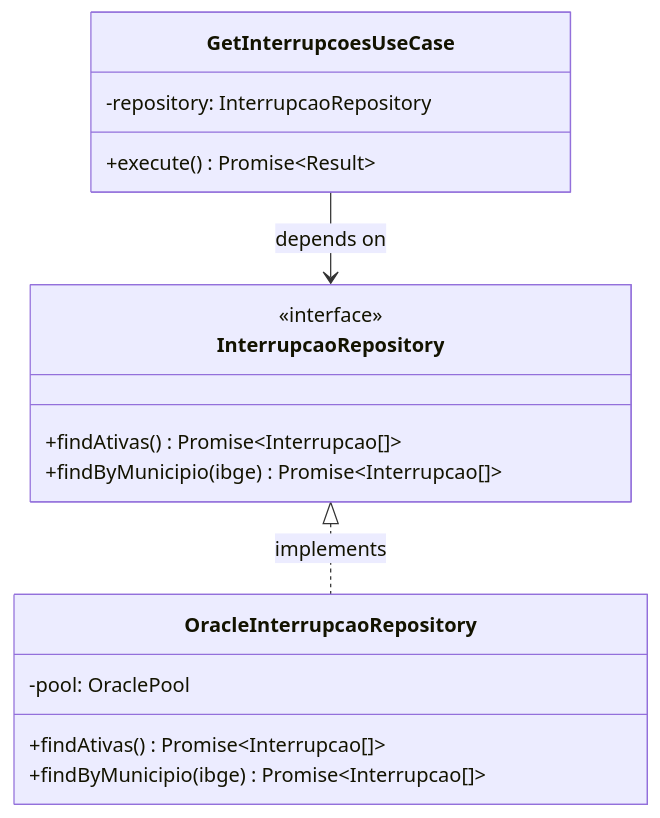
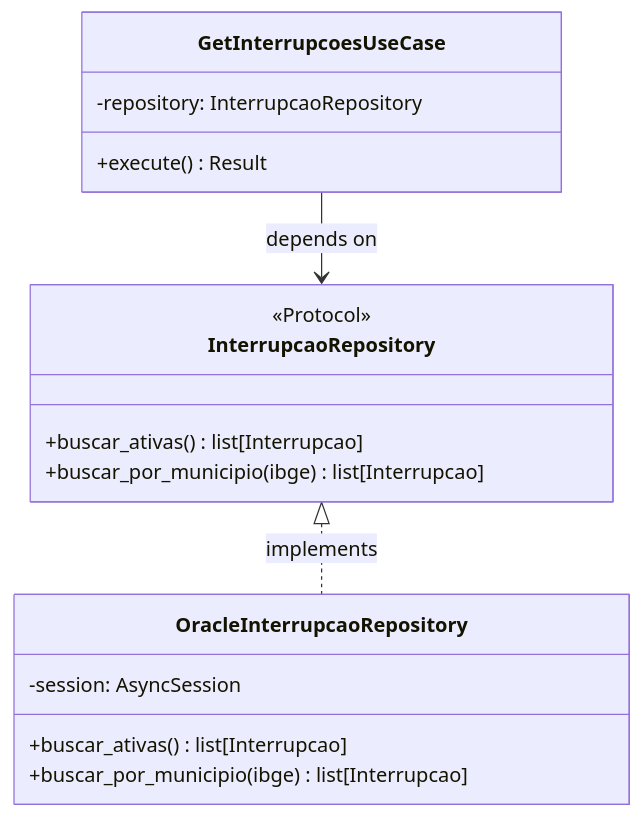
The third of 3 diagrams in docs/development/01-clean-architecture.md (devenergia/radar), drawn with Mermaid before and after one commit. The commit also changed other lines of this file and 5 other files, not shown here.

````diff
--- a/docs/development/01-clean-architecture.md
+++ b/docs/development/01-clean-architecture.md
@@ -157,22 +185,22 @@
 ```mermaid
 classDiagram
     class InterrupcaoRepository {
-        <<interface>>
-        +findAtivas() Promise~Interrupcao[]~
-        +findByMunicipio(ibge) Promise~Interrupcao[]~
+        <<Protocol>>
+        +buscar_ativas() list[Interrupcao]
+        +buscar_por_municipio(ibge) list[Interrupcao]
     }
 
     class GetInterrupcoesUseCase {
         -repository: InterrupcaoRepository
-        +execute() Promise~Result~
+        +execute() Result
     }
 
     class OracleInterrupcaoRepository {
-        -pool: OraclePool
-        +findAtivas() Promise~Interrupcao[]~
-        +findByMunicipio(ibge) Promise~Interrupcao[]~
+        -session: AsyncSession
+        +buscar_ativas() list[Interrupcao]
+        +buscar_por_municipio(ibge) list[Interrupcao]
     }
 
     InterrupcaoRepository <|.. OracleInterrupcaoRepository : implements
     GetInterrupcoesUseCase --> InterrupcaoRepository : depends on
 ```
````
